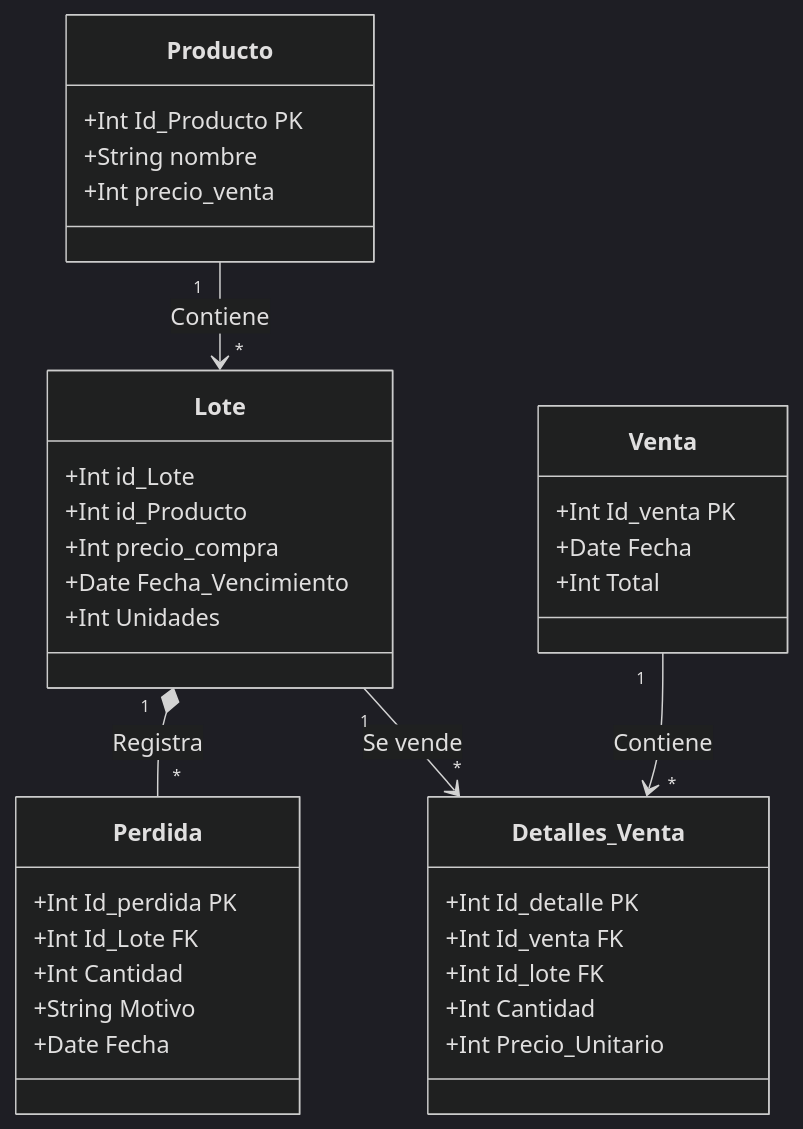
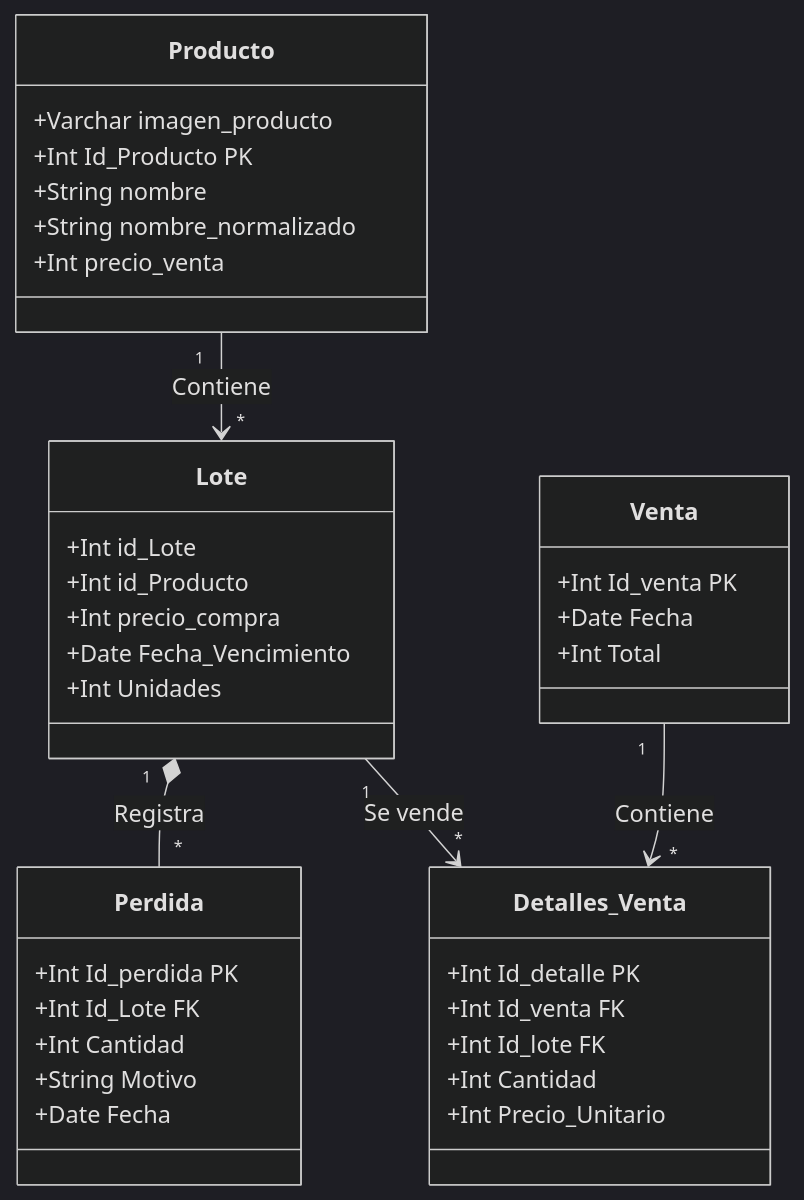
The first of 3 diagrams in README.md (CokkeDev/Mi-Negocio), drawn with Mermaid (dark theme) before and after one commit. The commit also changed other lines of this file, not shown here.

Commit message:
se agrego a productos la variables nombre_normalizado el cual ayudara a identificar duplicados cuando se agregan nuevos productos, además se agrego el diagrama secuencial utilizando la arquitectura de MVVM

````diff
--- a/README.md
+++ b/README.md
@@ -39,43 +39,45 @@
 ```mermaid
 classDiagram
   class Producto {
+    +Varchar imagen_producto
     +Int Id_Producto PK
     +String nombre
+    +String nombre_normalizado
     +Int precio_venta
   }
 
   class Lote {
     +Int id_Lote
     +Int id_Producto
     +Int precio_compra
     +Date Fecha_Vencimiento
     +Int Unidades
   }
 
   class Perdida {
     +Int Id_perdida PK
     +Int Id_Lote FK
     +Int Cantidad
     +String Motivo
     +Date Fecha
   }
 
   class Venta {
     +Int Id_venta PK
     +Date Fecha
     +Int Total
   }
 
     class Detalles_Venta{
     +Int Id_detalle PK
     +Int Id_venta FK
     +Int Id_lote FK
     +Int Cantidad
     +Int Precio_Unitario
   }
 
   Producto "1" --> "*" Lote : Contiene
   Lote "1" *-- "*" Perdida : Registra
   Lote "1" --> "*" Detalles_Venta : Se vende
   Venta "1" --> "*" Detalles_Venta : Contiene
 ```
````
